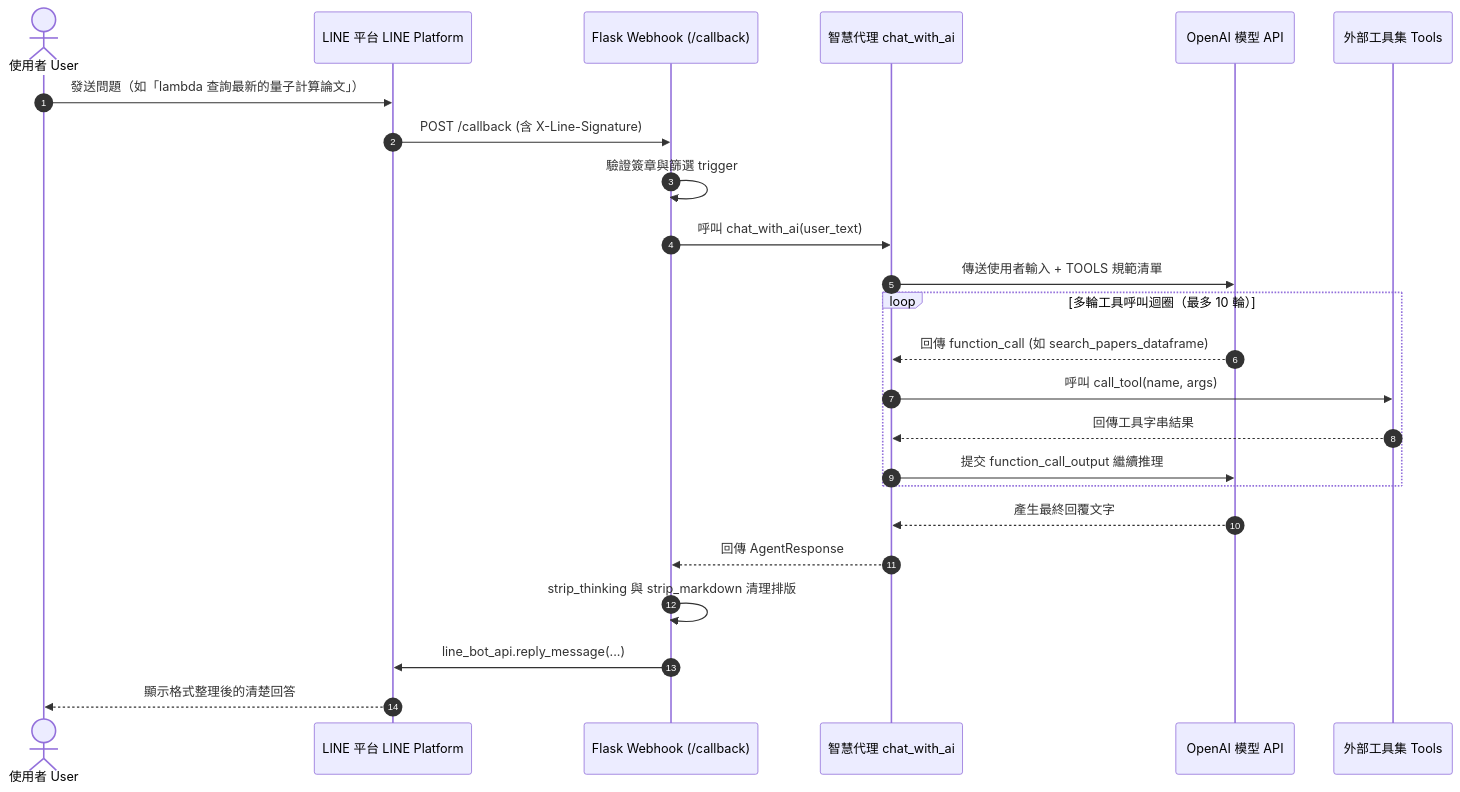
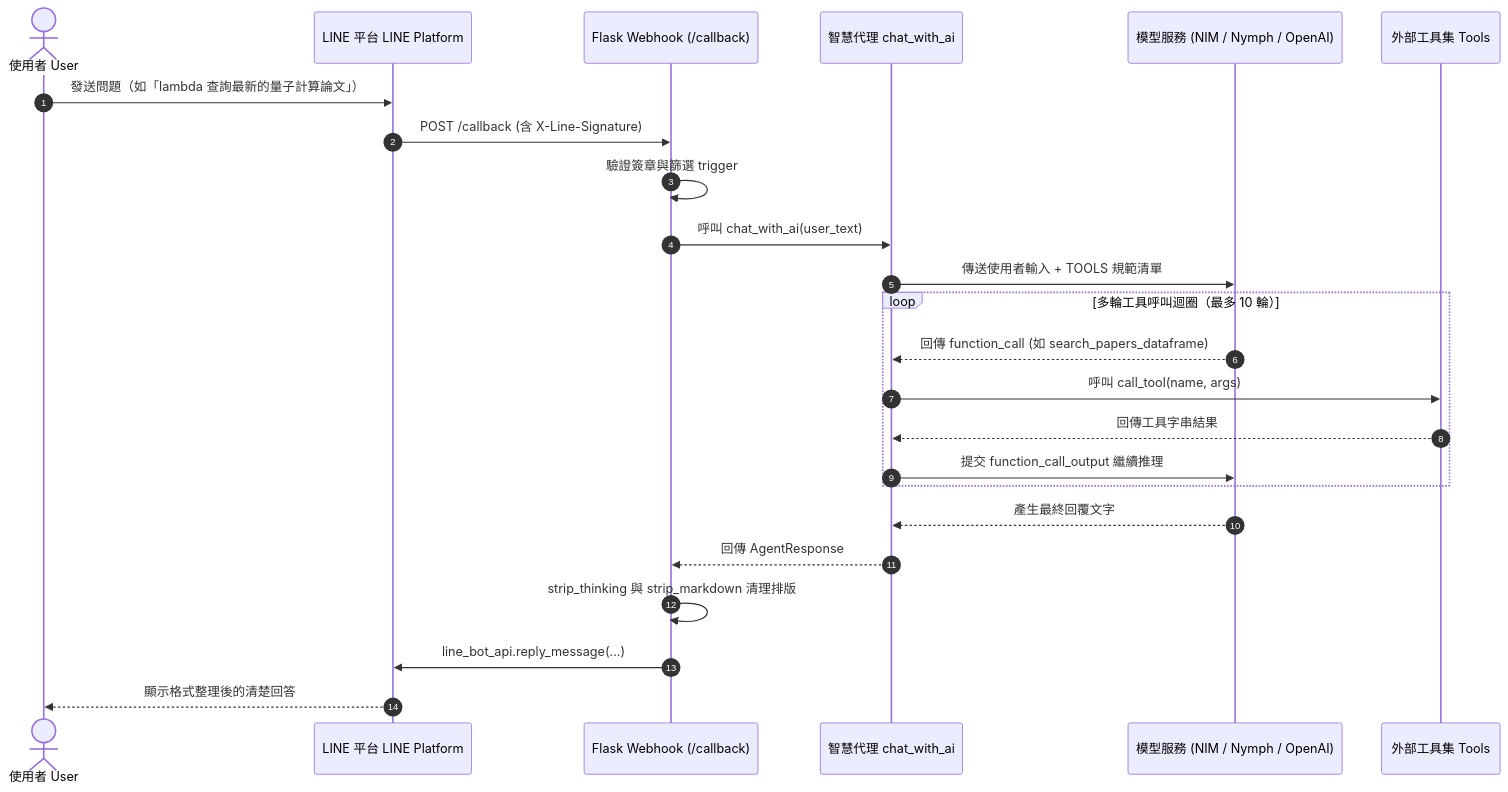
One commit to ai-tech-tw/lambda changed the second of 2 diagrams in README.zh-TW.md. Above: the diagram before and after it, drawn with Mermaid. The commit also changed other lines of this file and 3 other files, not shown here.

Commit message:
docs: add NVIDIA NIM support, freeze bot features, and promote co-maintaining Nymph

````diff
--- a/README.zh-TW.md
+++ b/README.zh-TW.md
@@ -108,27 +118,27 @@
 ```mermaid
 sequenceDiagram
     autonumber
     actor User as 使用者 User
     participant LINE as LINE 平台 LINE Platform
     participant Flask as Flask Webhook (/callback)
     participant Agent as 智慧代理 chat_with_ai
-    participant LLM as OpenAI 模型 API
+    participant LLM as 模型服務 (NIM / Nymph / OpenAI)
     participant Tools as 外部工具集 Tools
 
     User->>LINE: 發送問題（如「lambda 查詢最新的量子計算論文」）
     LINE->>Flask: POST /callback (含 X-Line-Signature)
     Flask->>Flask: 驗證簽章與篩選 trigger
     Flask->>Agent: 呼叫 chat_with_ai(user_text)
     Agent->>LLM: 傳送使用者輸入 + TOOLS 規範清單
     loop 多輪工具呼叫迴圈（最多 10 輪）
         LLM-->>Agent: 回傳 function_call (如 search_papers_dataframe)
         Agent->>Tools: 呼叫 call_tool(name, args)
         Tools-->>Agent: 回傳工具字串結果
         Agent->>LLM: 提交 function_call_output 繼續推理
     end
     LLM-->>Agent: 產生最終回覆文字
     Agent-->>Flask: 回傳 AgentResponse
     Flask->>Flask: strip_thinking 與 strip_markdown 清理排版
     Flask->>LINE: line_bot_api.reply_message(...)
     LINE-->>User: 顯示格式整理後的清楚回答
 ```
````
